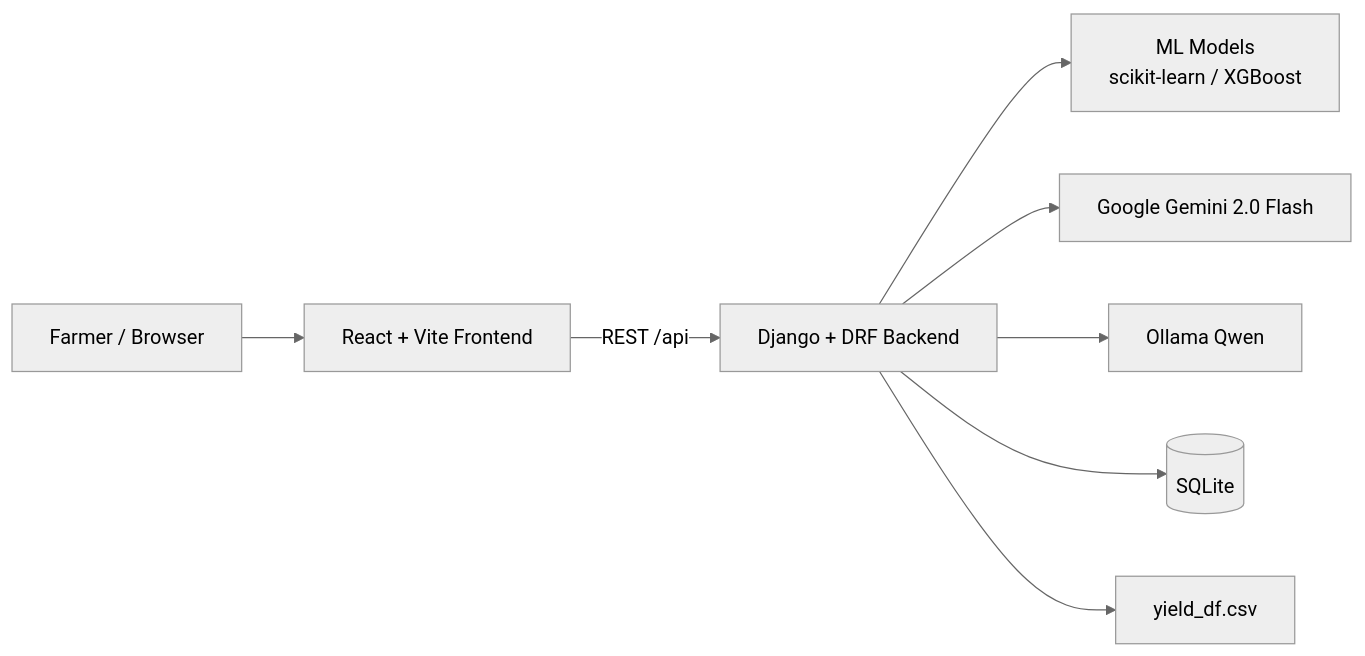
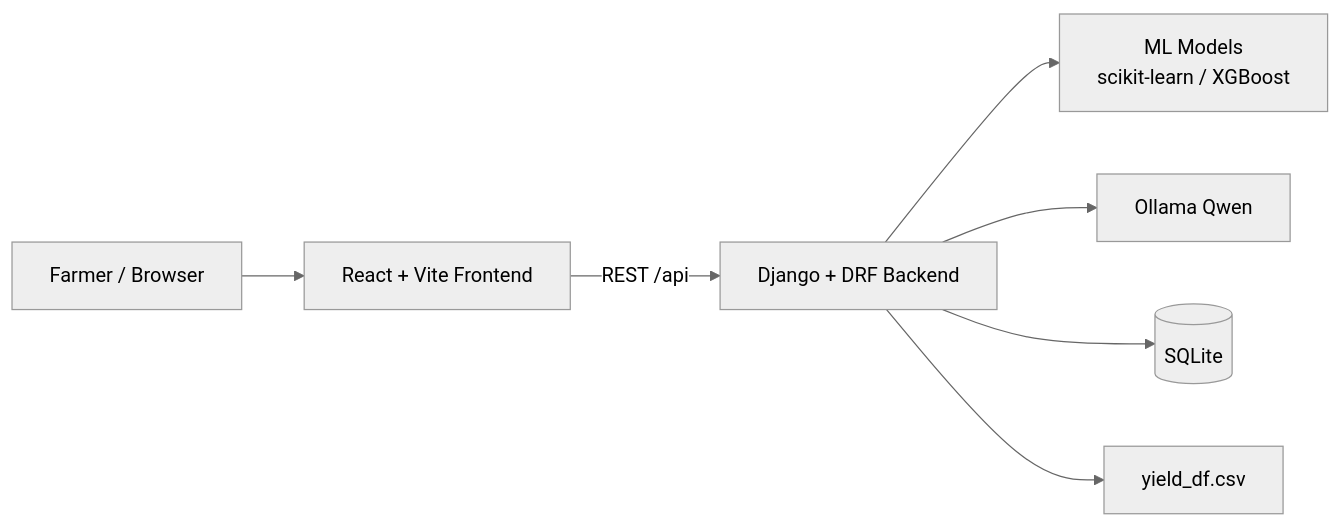
One commit to Jemimah95434/Agro-Agent changed the diagram in README.md. Above: the diagram before and after it, drawn with Mermaid (neutral theme). The commit also changed other lines of this file and 10 other files, not shown here.

````diff
--- a/README.md
+++ b/README.md
@@ -65,10 +67,9 @@
 ```mermaid
 flowchart LR
     U[Farmer / Browser] --> F[React + Vite Frontend]
     F -->|REST /api| B[Django + DRF Backend]
     B --> M[ML Models<br/>scikit-learn / XGBoost]
-    B --> G[Google Gemini 2.0 Flash]
     B --> O[Ollama Qwen]
     B --> D[(SQLite)]
     B --> Y[yield_df.csv]
 ```
````
